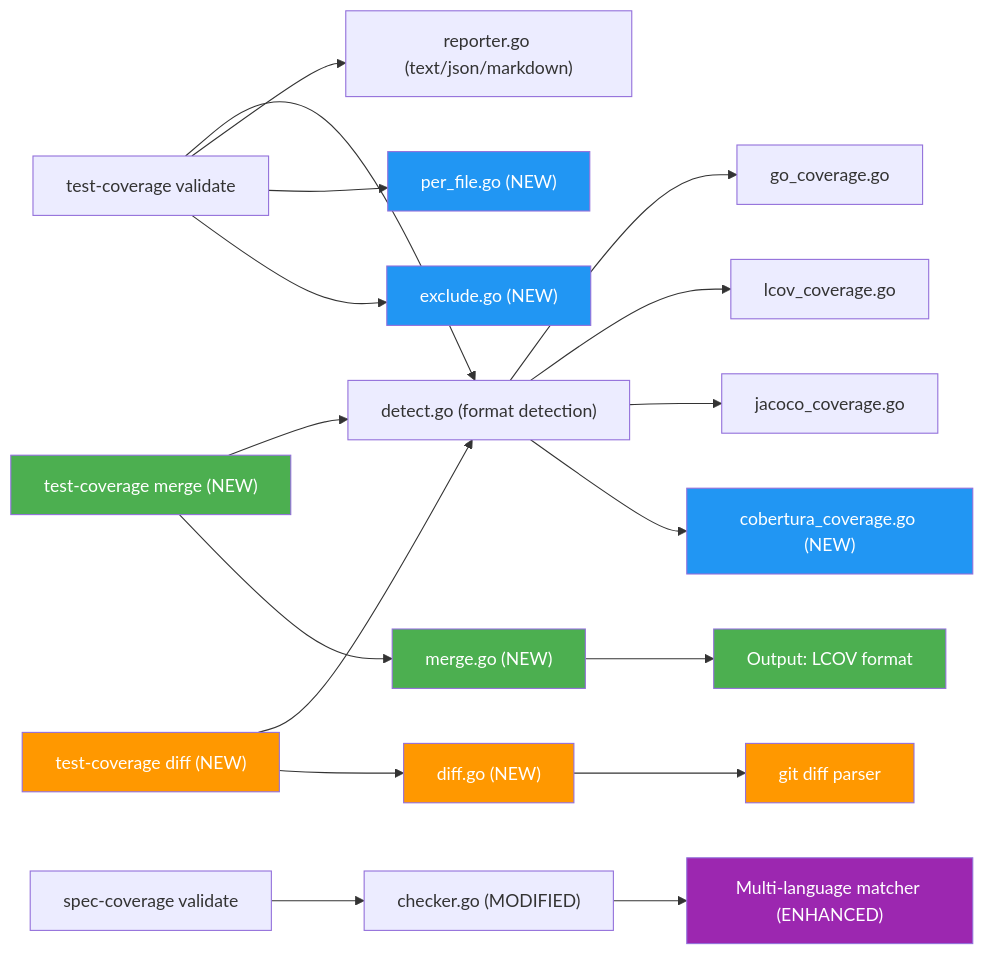
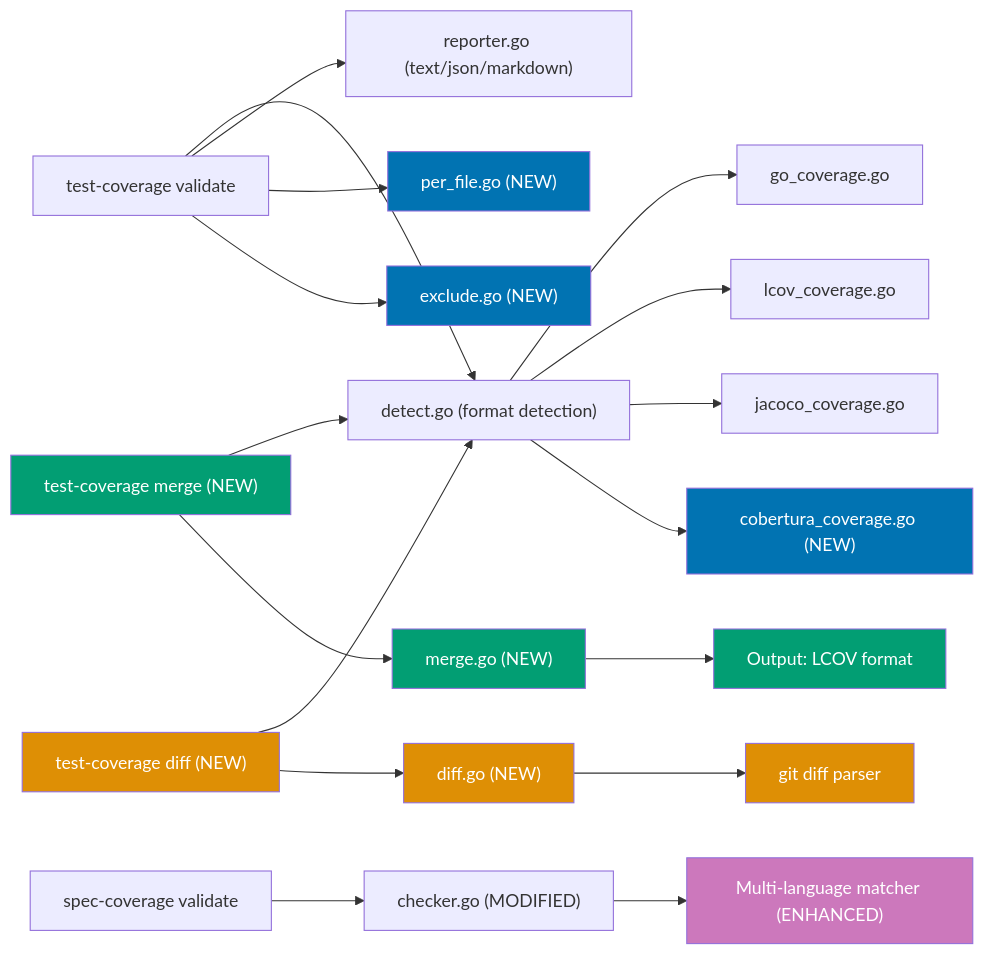
The diagram in plans/in-progress/2026-03-19__rhino-cli-coverage-improvements/tech-docs.md (wahidyankf/open-sharia-enterprise), drawn with Mermaid before and after one commit. The commit also changed 3 other files, not shown here.

````diff
--- a/plans/in-progress/2026-03-19__rhino-cli-coverage-improvements/tech-docs.md
+++ b/plans/in-progress/2026-03-19__rhino-cli-coverage-improvements/tech-docs.md
@@ -9,34 +9,34 @@
 ```mermaid
 graph LR
     A["test-coverage validate"] --> B["detect.go (format detection)"]
     B --> C["go_coverage.go"]
     B --> D["lcov_coverage.go"]
     B --> E["jacoco_coverage.go"]
     B --> F["cobertura_coverage.go (NEW)"]
 
     A --> G["reporter.go (text/json/markdown)"]
     A --> H["per_file.go (NEW)"]
     A --> I["exclude.go (NEW)"]
 
     J["test-coverage merge (NEW)"] --> B
     J --> K["merge.go (NEW)"]
     K --> L["Output: LCOV format"]
 
     M["test-coverage diff (NEW)"] --> B
     M --> N["diff.go (NEW)"]
     N --> O["git diff parser"]
 
     P["spec-coverage validate"] --> Q["checker.go (MODIFIED)"]
     Q --> R["Multi-language matcher (ENHANCED)"]
 
-    style F fill:#2196F3,color:#fff
-    style H fill:#2196F3,color:#fff
-    style I fill:#2196F3,color:#fff
-    style J fill:#4CAF50,color:#fff
-    style K fill:#4CAF50,color:#fff
-    style L fill:#4CAF50,color:#fff
-    style M fill:#FF9800,color:#fff
-    style N fill:#FF9800,color:#fff
-    style O fill:#FF9800,color:#fff
-    style R fill:#9C27B0,color:#fff
+    style F fill:#0173B2,color:#fff
+    style H fill:#0173B2,color:#fff
+    style I fill:#0173B2,color:#fff
+    style J fill:#029E73,color:#fff
+    style K fill:#029E73,color:#fff
+    style L fill:#029E73,color:#fff
+    style M fill:#DE8F05,color:#fff
+    style N fill:#DE8F05,color:#fff
+    style O fill:#DE8F05,color:#fff
+    style R fill:#CC78BC,color:#fff
 ```
````
